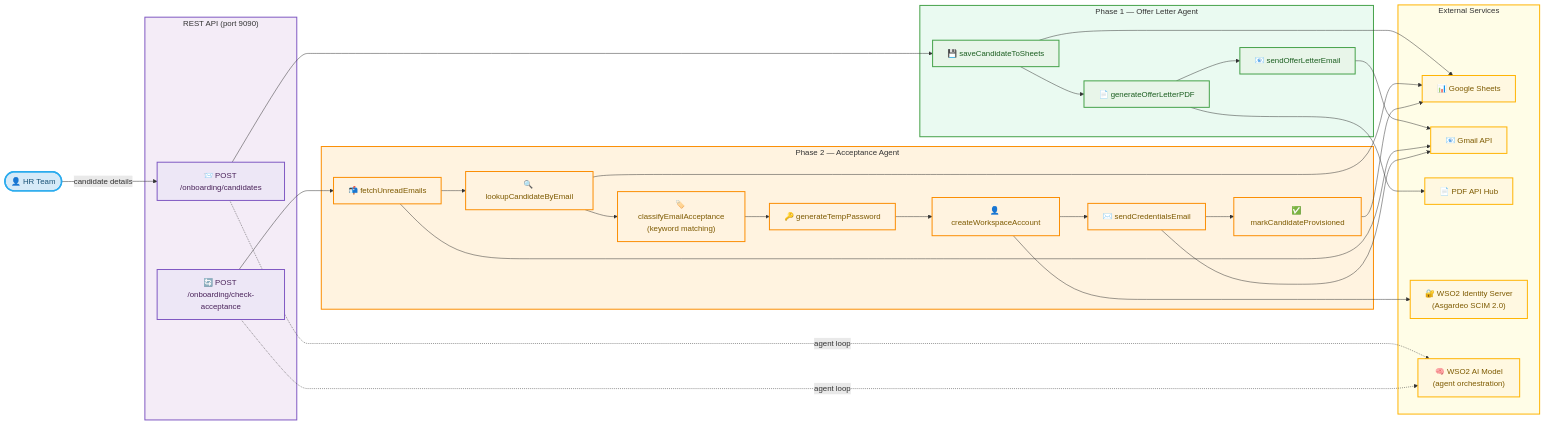
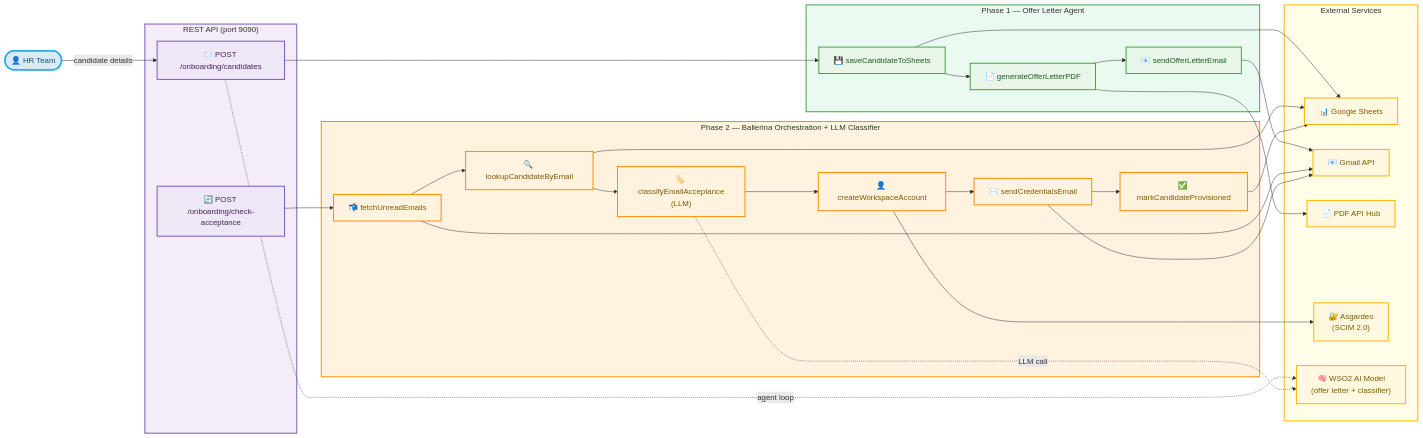
One commit to wso2/integration-samples changed the diagram in integrator-default-profile/samples/employee-onboarding-automation/README.md. Above: the diagram before and after it, drawn with Mermaid. The commit also changed other lines of this file and 8 other files, not shown here.

````diff
--- a/integrator-default-profile/samples/employee-onboarding-automation/README.md
+++ b/integrator-default-profile/samples/employee-onboarding-automation/README.md
@@ -9,65 +9,63 @@
 ```mermaid
 %%{init: {'flowchart': {'curve': 'basis'}}}%%
 flowchart LR
     HR(["👤 HR Team"])
 
     subgraph API["REST API (port 9090)"]
         EP1["📨 POST /onboarding/candidates"]
         EP2["🔄 POST /onboarding/check-acceptance"]
     end
 
     subgraph Phase1["Phase 1 — Offer Letter Agent"]
         A1["💾 saveCandidateToSheets"]
         A2["📄 generateOfferLetterPDF"]
         A3["📧 sendOfferLetterEmail"]
     end
 
-    subgraph Phase2["Phase 2 — Acceptance Agent"]
+    subgraph Phase2["Phase 2 — Ballerina Orchestration + LLM Classifier"]
         B1["📬 fetchUnreadEmails"]
         B2["🔍 lookupCandidateByEmail"]
-        B3["🏷️ classifyEmailAcceptance\n(keyword matching)"]
-        B4["🔑 generateTempPassword"]
-        B5["👤 createWorkspaceAccount"]
-        B6["✉️ sendCredentialsEmail"]
-        B7["✅ markCandidateProvisioned"]
+        B3["🏷️ classifyEmailAcceptance\n(LLM)"]
+        B4["👤 createWorkspaceAccount"]
+        B5["✉️ sendCredentialsEmail"]
+        B6["✅ markCandidateProvisioned"]
     end
 
     subgraph External["External Services"]
         Sheets["📊 Google Sheets"]
         Gmail["📧 Gmail API"]
         PDF["📄 PDF API Hub"]
-        IS["🔐 WSO2 Identity Server\n(Asgardeo SCIM 2.0)"]
-        AI["🧠 WSO2 AI Model\n(agent orchestration)"]
+        IS["🔐 Asgardeo\n(SCIM 2.0)"]
+        AI["🧠 WSO2 AI Model\n(offer letter + classifier)"]
     end
 
     HR -- "candidate details" --> EP1
     EP1 --> A1 --> Sheets
     A1 --> A2 --> PDF
     A2 --> A3 --> Gmail
     EP1 -. "agent loop" .-> AI
 
     EP2 --> B1 --> Gmail
     B1 --> B2 --> Sheets
-    B2 --> B3
-    B3 --> B4 --> B5 --> IS
-    B5 --> B6 --> Gmail
-    B6 --> B7 --> Sheets
-    EP2 -. "agent loop" .-> AI
+    B2 --> B3 -. "LLM call" .-> AI
+    B3 --> B4 --> IS
+    B4 --> B5 --> Gmail
+    B5 --> B6 --> Sheets
 
     classDef hrNode fill:#D6EAF8,stroke:#2AABEE,stroke-width:3px,color:#1A5276
     classDef apiNode fill:#EDE7F6,stroke:#7E57C2,stroke-width:2px,color:#4A235A
     classDef phase1Node fill:#E8F5E9,stroke:#43A047,stroke-width:2px,color:#1B5E20
     classDef phase2Node fill:#FFF3E0,stroke:#FB8C00,stroke-width:2px,color:#7D5A00
     classDef extNode fill:#FFF8E1,stroke:#FFB300,stroke-width:2px,color:#7D5A00
 
     class HR hrNode
     class EP1,EP2 apiNode
     class A1,A2,A3 phase1Node
-    class B1,B2,B3,B4,B5,B6,B7 phase2Node
+    class B1,B2,B3,B4,B5,B6 phase2Node
     class Sheets,Gmail,PDF,IS,AI extNode
 
     style API fill:#F4ECF7,stroke:#7E57C2,stroke-width:2px
     style Phase1 fill:#EAFAF1,stroke:#43A047,stroke-width:2px
     style Phase2 fill:#FFF3E0,stroke:#FB8C00,stroke-width:2px
     style External fill:#FFFDE7,stroke:#FFB300,stroke-width:2px
 ```
````
